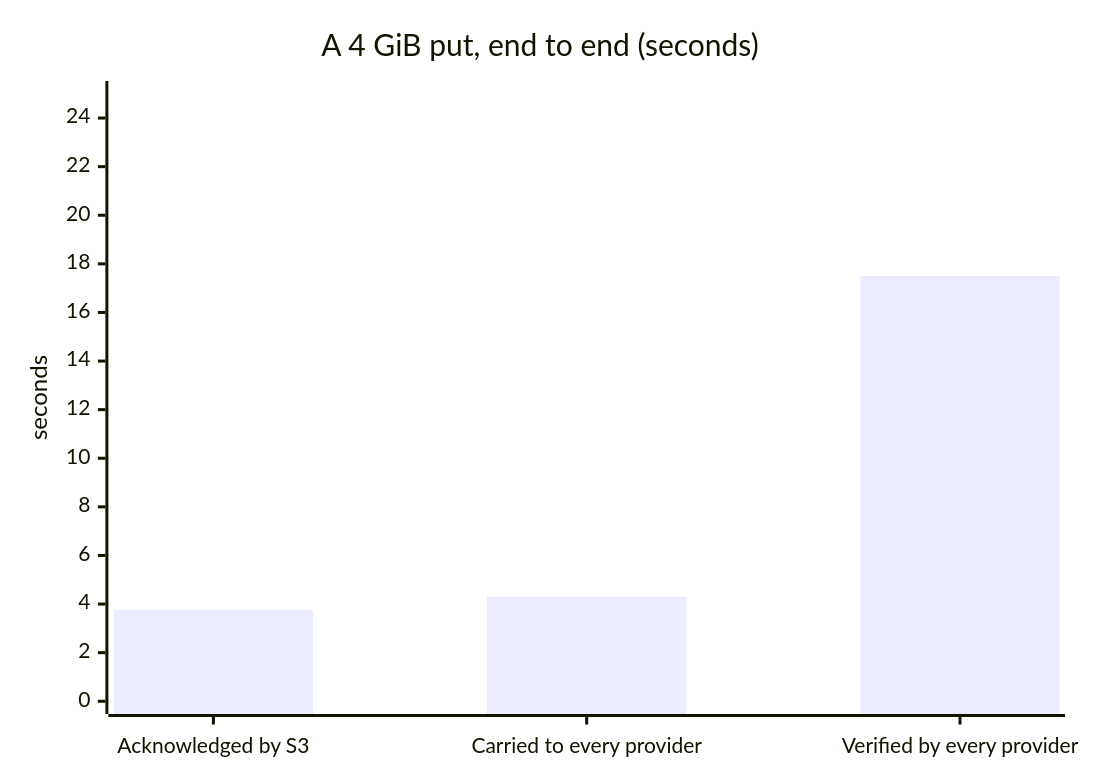
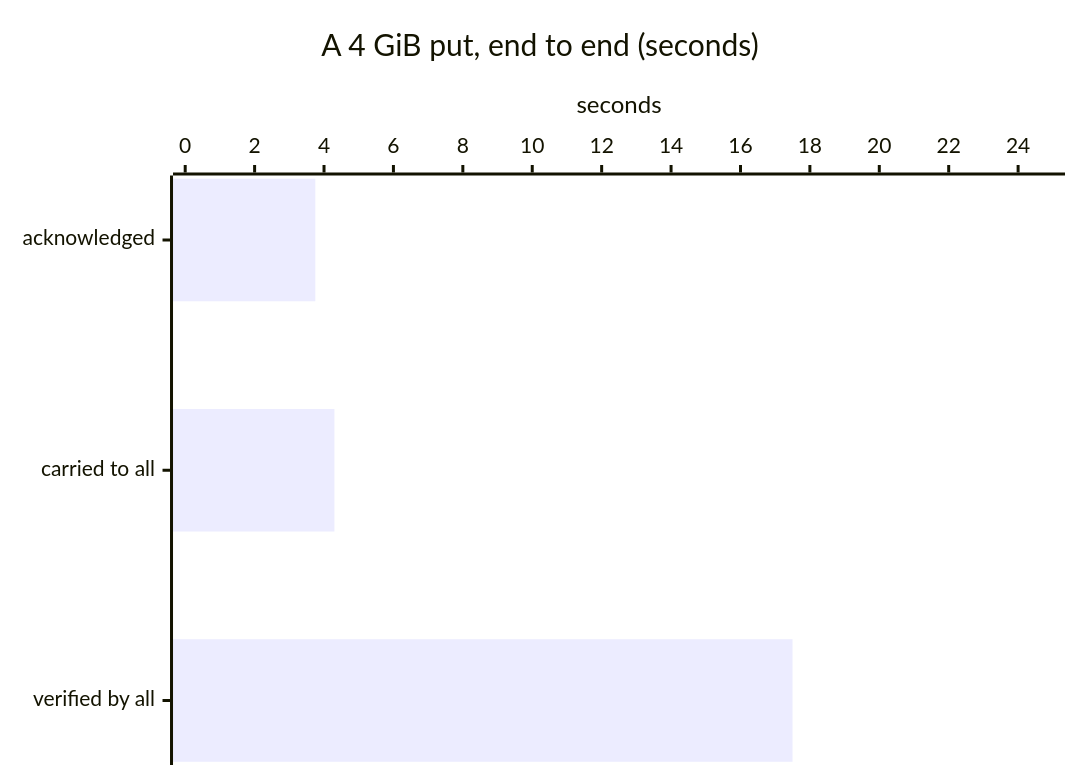
One commit to lightwebinc/bstore changed the second of 2 diagrams in README.md. Above: the diagram before and after it, drawn with Mermaid. The commit also changed 1 other file, not shown here.

Commit message:
[Fix] chart labels: horizontal bars

````diff
--- a/README.md
+++ b/README.md
@@ -103,7 +103,7 @@
 ```mermaid
-xychart-beta
+xychart-beta horizontal
   title "A 4 GiB put, end to end (seconds)"
-  x-axis ["Acknowledged by S3", "Carried to every provider", "Verified by every provider"]
+  x-axis ["acknowledged", "carried to all", "verified by all"]
   y-axis "seconds" 0 --> 25
   bar [3.75, 4.3, 17.5]
 ```
````
